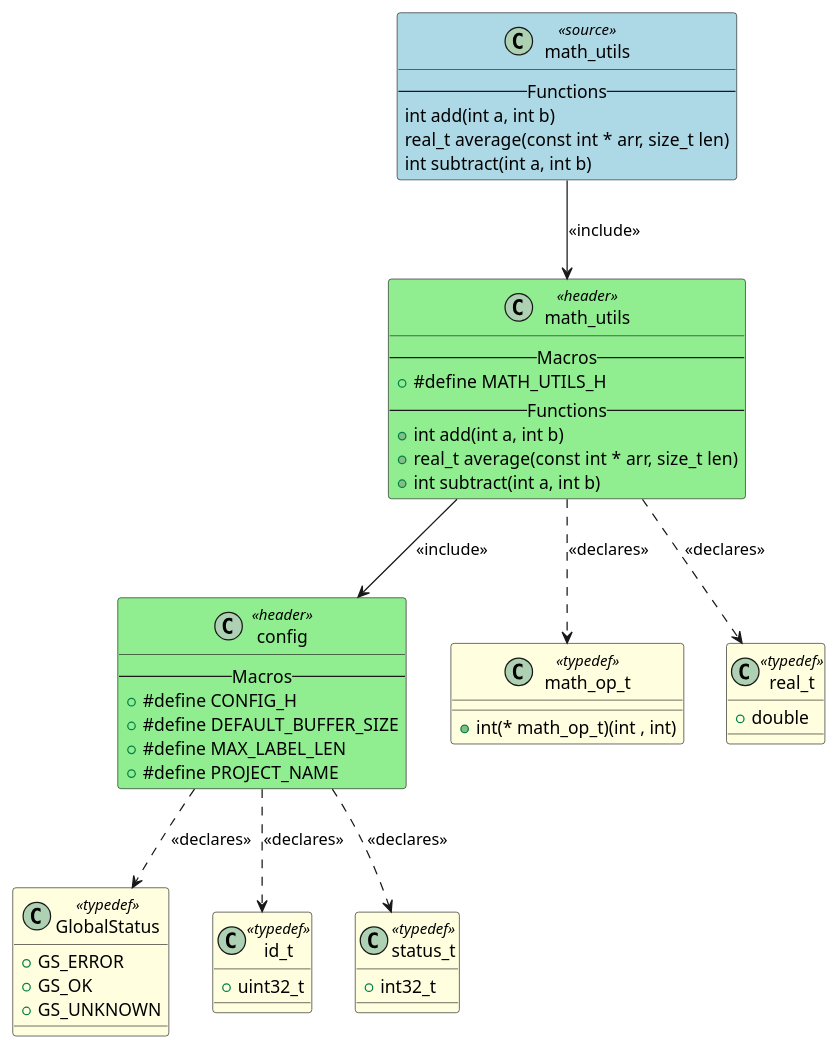
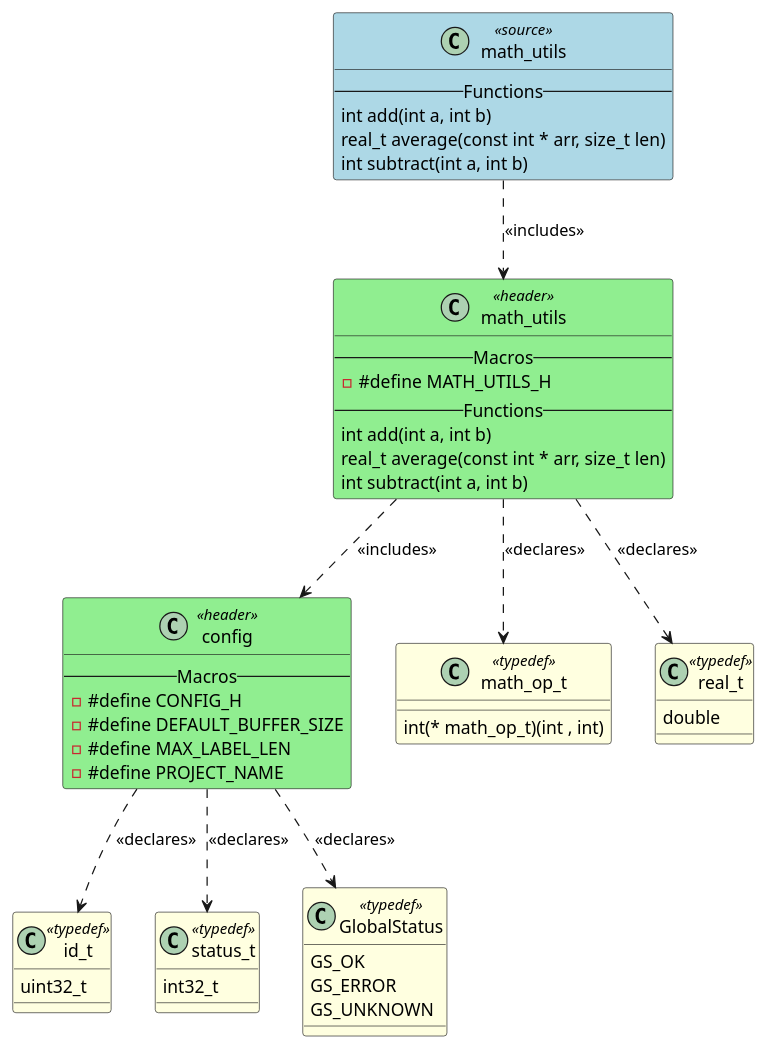
Before and after one commit to fischerjooo/c2puml: the diagram in output/math_utils.puml, drawn with PlantUML. The commit also changed 16 other files, not shown here.

Commit message:
Refactor PlantUML generator to simplify function and typedef rendering

```diff
--- a/output/math_utils.puml
+++ b/output/math_utils.puml
@@ -1,71 +1,63 @@
 @startuml math_utils
 
 class "math_utils" as MATH_UTILS <<source>> #LightBlue
 {
     -- Functions --
     int add(int a, int b)
     real_t average(const int * arr, size_t len)
     int subtract(int a, int b)
 }
-
 class "config" as HEADER_CONFIG <<header>> #LightGreen
 {
     -- Macros --
-    + #define CONFIG_H
-    + #define DEFAULT_BUFFER_SIZE
-    + #define MAX_LABEL_LEN
-    + #define PROJECT_NAME
+    - #define CONFIG_H
+    - #define DEFAULT_BUFFER_SIZE
+    - #define MAX_LABEL_LEN
+    - #define PROJECT_NAME
 }
-
 class "math_utils" as HEADER_MATH_UTILS <<header>> #LightGreen
 {
     -- Macros --
-    + #define MATH_UTILS_H
+    - #define MATH_UTILS_H
     -- Functions --
-    + int add(int a, int b)
-    + real_t average(const int * arr, size_t len)
-    + int subtract(int a, int b)
+    int add(int a, int b)
+    real_t average(const int * arr, size_t len)
+    int subtract(int a, int b)
+}
+class "id_t" as TYPEDEF_ID_T <<typedef>> #LightYellow
+{
+    uint32_t
+}
+class "status_t" as TYPEDEF_STATUS_T <<typedef>> #LightYellow
+{
+    int32_t
+}
+class "GlobalStatus" as TYPEDEF_GLOBALSTATUS <<typedef>> #LightYellow
+{
+    GS_OK
+    GS_ERROR
+    GS_UNKNOWN
+}
+class "math_op_t" as TYPEDEF_MATH_OP_T <<typedef>> #LightYellow
+{
+    int(* math_op_t)(int , int)
+}
+class "real_t" as TYPEDEF_REAL_T <<typedef>> #LightYellow
+{
+    double
 }
 
-class "GlobalStatus" as TYPEDEF_GLOBALSTATUS <<typedef>> #LightYellow
-{
-    + GS_ERROR
-    + GS_OK
-    + GS_UNKNOWN
-}
+' Include relationships
+MATH_UTILS ..> HEADER_MATH_UTILS : <<includes>>
+HEADER_MATH_UTILS ..> HEADER_CONFIG : <<includes>>
 
-class "id_t" as TYPEDEF_ID_T <<typedef>> #LightYellow
-{
-    + uint32_t
-}
-
-class "status_t" as TYPEDEF_STATUS_T <<typedef>> #LightYellow
-{
-    + int32_t
-}
-
-class "math_op_t" as TYPEDEF_MATH_OP_T <<typedef>> #LightYellow
-{
-    + int(* math_op_t)(int , int)
-}
-
-class "real_t" as TYPEDEF_REAL_T <<typedef>> #LightYellow
-{
-    + double
-}
-
-
-' Include relationships
-MATH_UTILS --> HEADER_MATH_UTILS : <<include>>
-HEADER_MATH_UTILS --> HEADER_CONFIG : <<include>>
-
-' Declaration relationships
+' Declares relationships
 HEADER_CONFIG ..> TYPEDEF_GLOBALSTATUS : <<declares>>
 HEADER_CONFIG ..> TYPEDEF_ID_T : <<declares>>
 HEADER_CONFIG ..> TYPEDEF_STATUS_T : <<declares>>
 HEADER_MATH_UTILS ..> TYPEDEF_MATH_OP_T : <<declares>>
 HEADER_MATH_UTILS ..> TYPEDEF_REAL_T : <<declares>>
 
 ' Uses relationships
 
 @enduml
```
